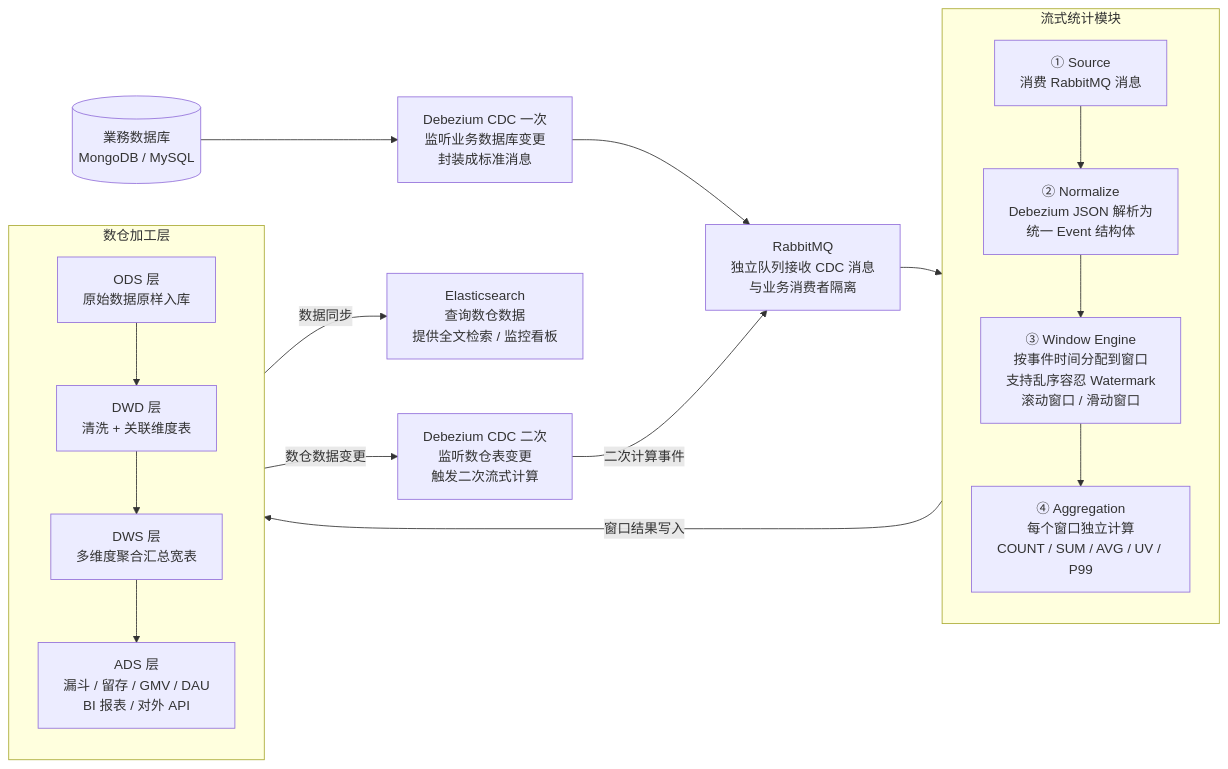
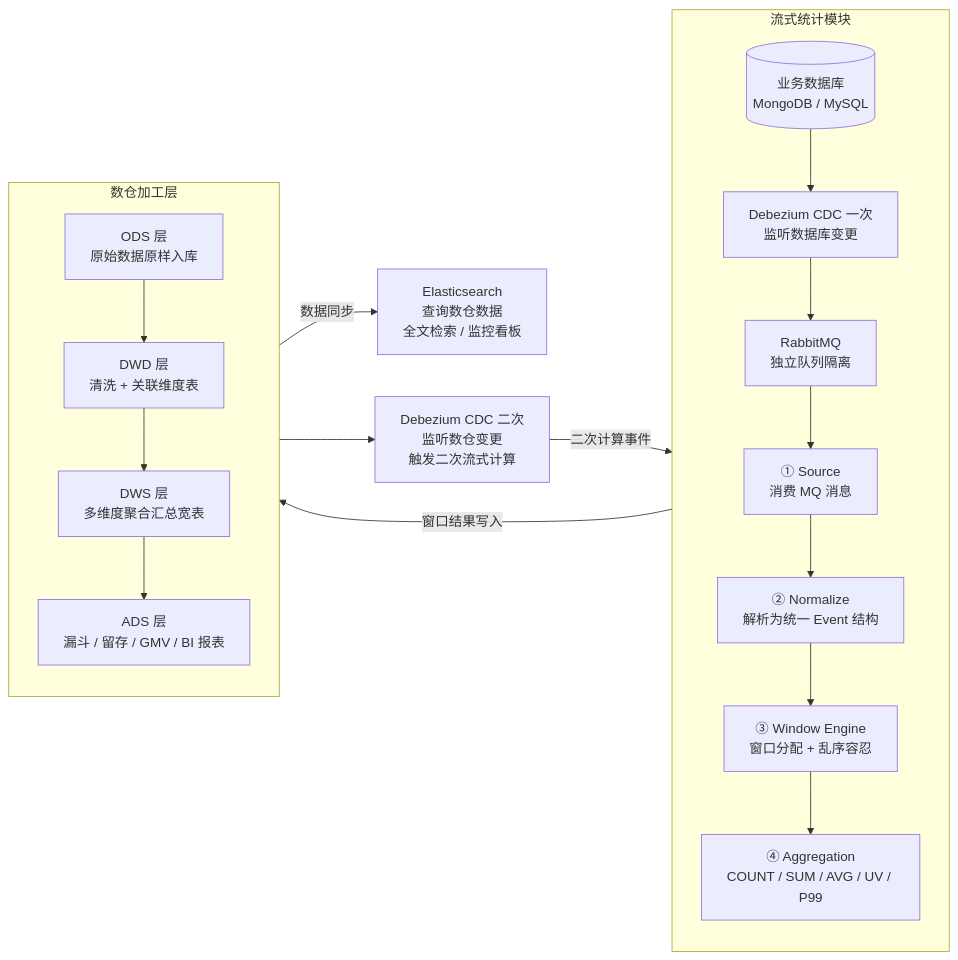
Before and after one commit to EthanScriptOn/strea-doc: the first of 3 diagrams in stream-stats-design.md, drawn with Mermaid.

Commit message:
restructure: stream and DW as two vertical columns side by side

````diff
--- a/stream-stats-design.md
+++ b/stream-stats-design.md
@@ -9,36 +9,31 @@
 ```mermaid
 flowchart LR
-    DB[("業務数据库<br/>MongoDB / MySQL")]
-
-    DBZ1["Debezium CDC 一次<br/>监听业务数据库变更<br/>封装成标准消息"]
-
-    MQ["RabbitMQ<br/>独立队列接收 CDC 消息<br/>与业务消费者隔离"]
-
     subgraph STREAM["流式统计模块"]
         direction TB
-        A["① Source<br/>消费 RabbitMQ 消息"]
-        B["② Normalize<br/>Debezium JSON 解析为<br/>统一 Event 结构体"]
-        C["③ Window Engine<br/>按事件时间分配到窗口<br/>支持乱序容忍 Watermark<br/>滚动窗口 / 滑动窗口"]
-        D["④ Aggregation<br/>每个窗口独立计算<br/>COUNT / SUM / AVG / UV / P99"]
-        A --> B --> C --> D
+        DB[("业务数据库<br/>MongoDB / MySQL")]
+        DBZ1["Debezium CDC 一次<br/>监听数据库变更"]
+        MQ["RabbitMQ<br/>独立队列隔离"]
+        A["① Source<br/>消费 MQ 消息"]
+        B["② Normalize<br/>解析为统一 Event 结构"]
+        C["③ Window Engine<br/>窗口分配 + 乱序容忍"]
+        D["④ Aggregation<br/>COUNT / SUM / AVG / UV / P99"]
+        DB --> DBZ1 --> MQ --> A --> B --> C --> D
     end
 
     subgraph DW["数仓加工层"]
         direction TB
         ODS["ODS 层<br/>原始数据原样入库"]
         DWD["DWD 层<br/>清洗 + 关联维度表"]
         DWS["DWS 层<br/>多维度聚合汇总宽表"]
-        ADS["ADS 层<br/>漏斗 / 留存 / GMV / DAU<br/>BI 报表 / 对外 API"]
+        ADS["ADS 层<br/>漏斗 / 留存 / GMV / BI 报表"]
         ODS --> DWD --> DWS --> ADS
     end
 
-    ES["Elasticsearch<br/>查询数仓数据<br/>提供全文检索 / 监控看板"]
+    ES["Elasticsearch<br/>查询数仓数据<br/>全文检索 / 监控看板"]
+    DBZ2["Debezium CDC 二次<br/>监听数仓变更<br/>触发二次流式计算"]
 
-    DBZ2["Debezium CDC 二次<br/>监听数仓表变更<br/>触发二次流式计算"]
-
-    DB --> DBZ1 --> MQ --> A
     D -- "窗口结果写入" --> ODS
     ADS -- "数据同步" --> ES
-    DWS -- "数仓数据变更" --> DBZ2
+    DWS --> DBZ2
     DBZ2 -- "二次计算事件" --> MQ
 ```
````
